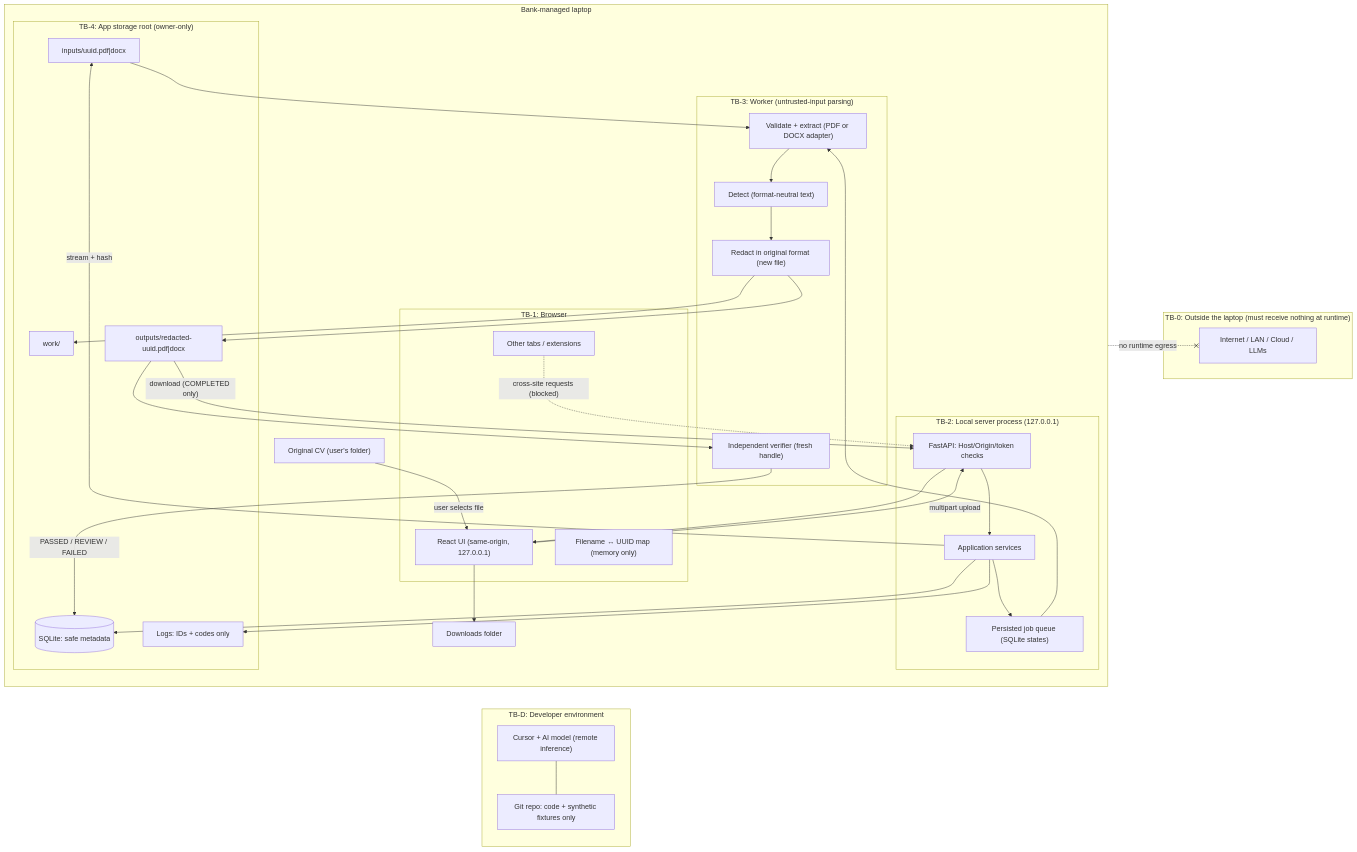
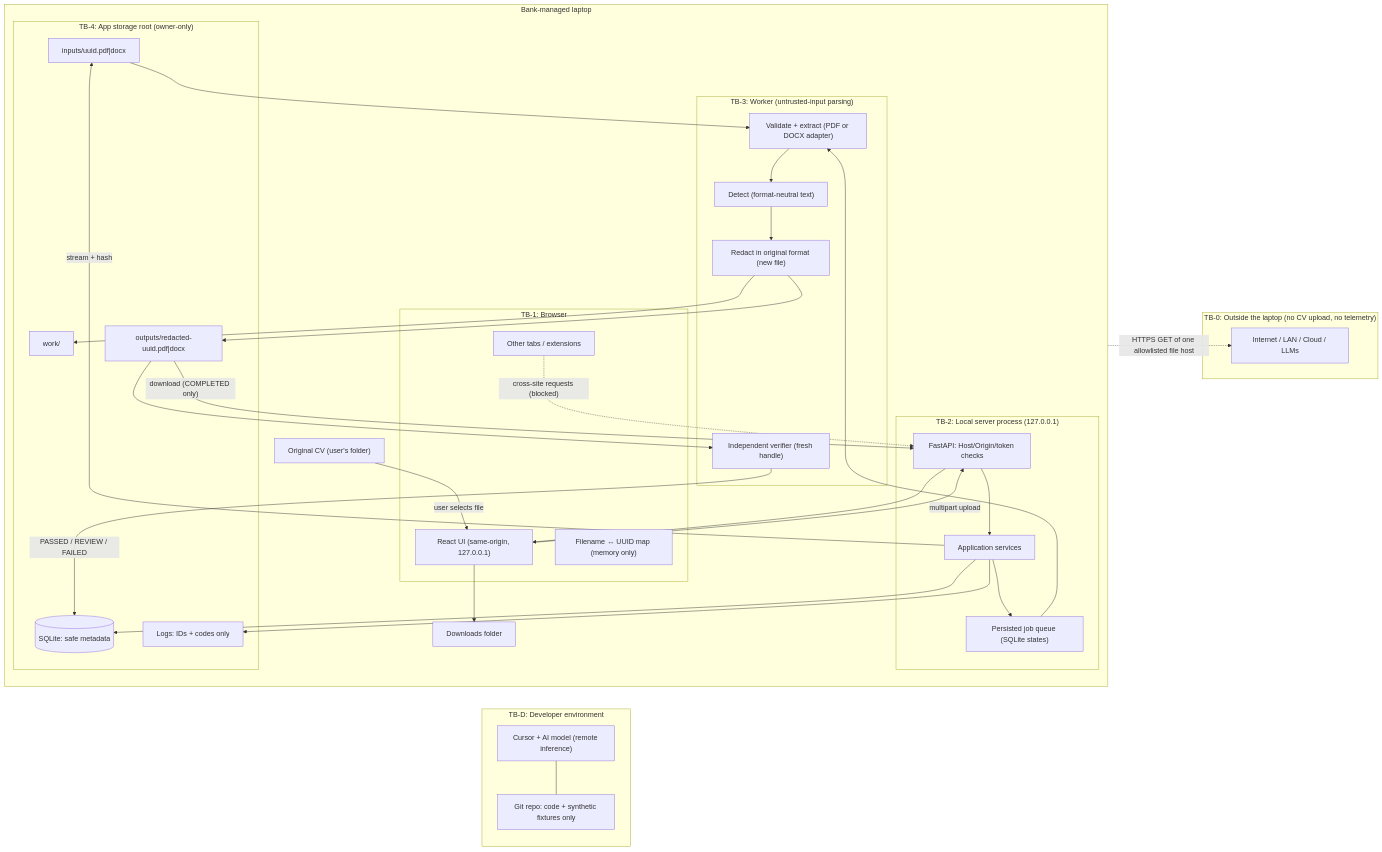
Before and after one commit to nghiatran0401/cv-masking: the diagram in THREAT_MODEL.md, drawn with Mermaid. The commit also changed other lines of this file and 33 other files, not shown here.

````diff
--- a/THREAT_MODEL.md
+++ b/THREAT_MODEL.md
@@ -48,56 +49,56 @@
 ```mermaid
 flowchart LR
-    subgraph TB0["TB-0: Outside the laptop (must receive nothing at runtime)"]
+    subgraph TB0["TB-0: Outside the laptop (no CV upload, no telemetry)"]
         NET["Internet / LAN / Cloud / LLMs"]
     end
 
     subgraph DEV["TB-D: Developer environment"]
         CURSOR["Cursor + AI model (remote inference)"]
         REPO["Git repo: code + synthetic fixtures only"]
     end
 
     subgraph LAPTOP["Bank-managed laptop"]
         SRC["Original CV (user's folder)"]
         subgraph TB1["TB-1: Browser"]
             UI["React UI (same-origin, 127.0.0.1)"]
             MAP["Filename ↔ UUID map (memory only)"]
             EVIL["Other tabs / extensions"]
         end
         subgraph TB2["TB-2: Local server process (127.0.0.1)"]
             API["FastAPI: Host/Origin/token checks"]
             SVC["Application services"]
             Q["Persisted job queue (SQLite states)"]
         end
         subgraph TB3["TB-3: Worker (untrusted-input parsing)"]
             VAL["Validate + extract (PDF or DOCX adapter)"]
             DET["Detect (format-neutral text)"]
             RED["Redact in original format (new file)"]
             VER["Independent verifier (fresh handle)"]
         end
         subgraph TB4["TB-4: App storage root (owner-only)"]
             IN["inputs/uuid.pdf|docx"]
             WORK["work/"]
             OUT["outputs/redacted-uuid.pdf|docx"]
             DB[("SQLite: safe metadata")]
             LOG["Logs: IDs + codes only"]
         end
         DL["Downloads folder"]
     end
 
     SRC -->|"user selects file"| UI
     UI -->|"multipart upload"| API
     API --> SVC --> Q
     SVC -->|"stream + hash"| IN
     SVC --> DB
     Q --> VAL
     IN --> VAL --> DET --> RED
     RED --> WORK
     RED --> OUT
     OUT --> VER
     VER -->|"PASSED / REVIEW / FAILED"| DB
     OUT -->|"download (COMPLETED only)"| API --> UI --> DL
     SVC --> LOG
     EVIL -.->|"cross-site requests (blocked)"| API
     CURSOR --- REPO
-    LAPTOP -.-x|"no runtime egress"| NET
+    LAPTOP -.->|"HTTPS GET of one allowlisted file host"| NET
 ```
````
